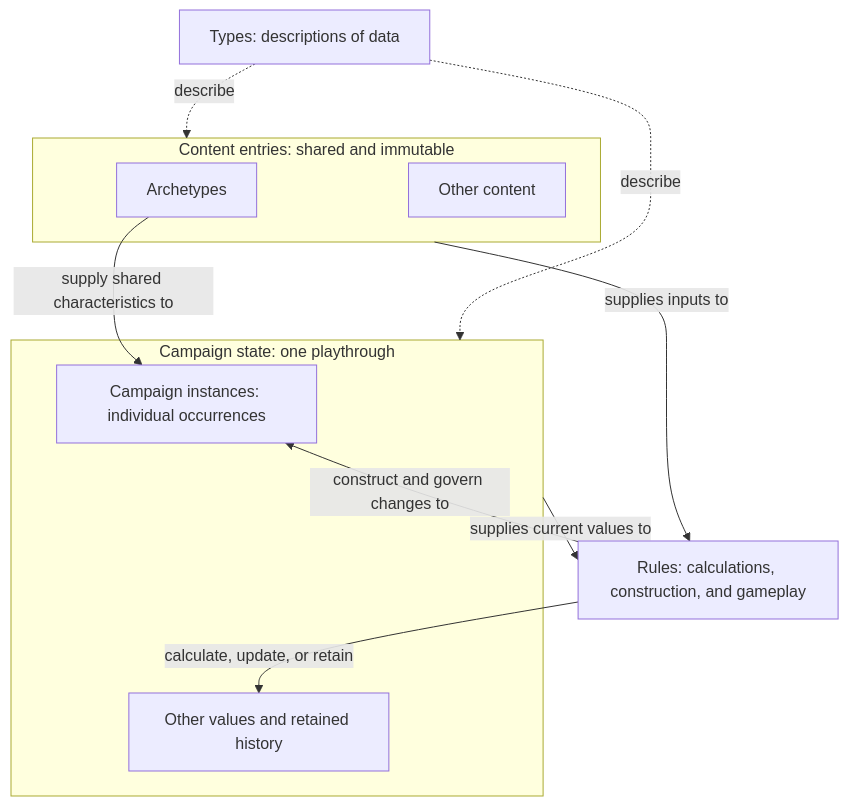
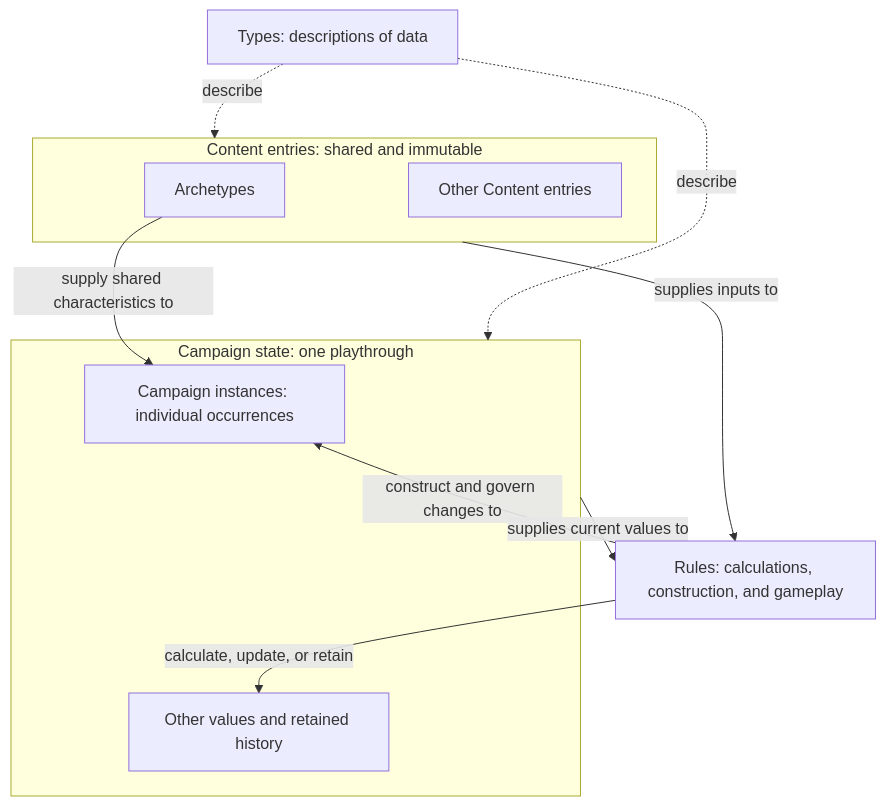
Before and after one commit to konrad-jamrozik/game-v5: the first of 3 diagrams in docs/specs/foundation/modeling-foundations.md, drawn with Mermaid. The commit also changed other lines of this file and 26 other files, not shown here.

````diff
--- a/docs/specs/foundation/modeling-foundations.md
+++ b/docs/specs/foundation/modeling-foundations.md
@@ -80,20 +85,20 @@
 ```mermaid
 flowchart TB
     Types["Types: descriptions of data"]
     subgraph Content["Content entries: shared and immutable"]
         Archetypes["Archetypes"]
-        OtherContent["Other content"]
+        OtherContent["Other Content entries"]
     end
     Rules["Rules: calculations, construction, and gameplay"]
     subgraph Campaign["Campaign state: one playthrough"]
         Instances["Campaign instances: individual occurrences"]
         Values["Other values and retained history"]
     end
     Types -.->|describe| Content
     Types -.->|describe| Campaign
     Content -->|supplies inputs to| Rules
     Campaign -->|supplies current values to| Rules
     Rules -->|construct and govern changes to| Instances
     Rules -->|calculate, update, or retain| Values
     Archetypes -->|supply shared characteristics to| Instances
 ```
````
